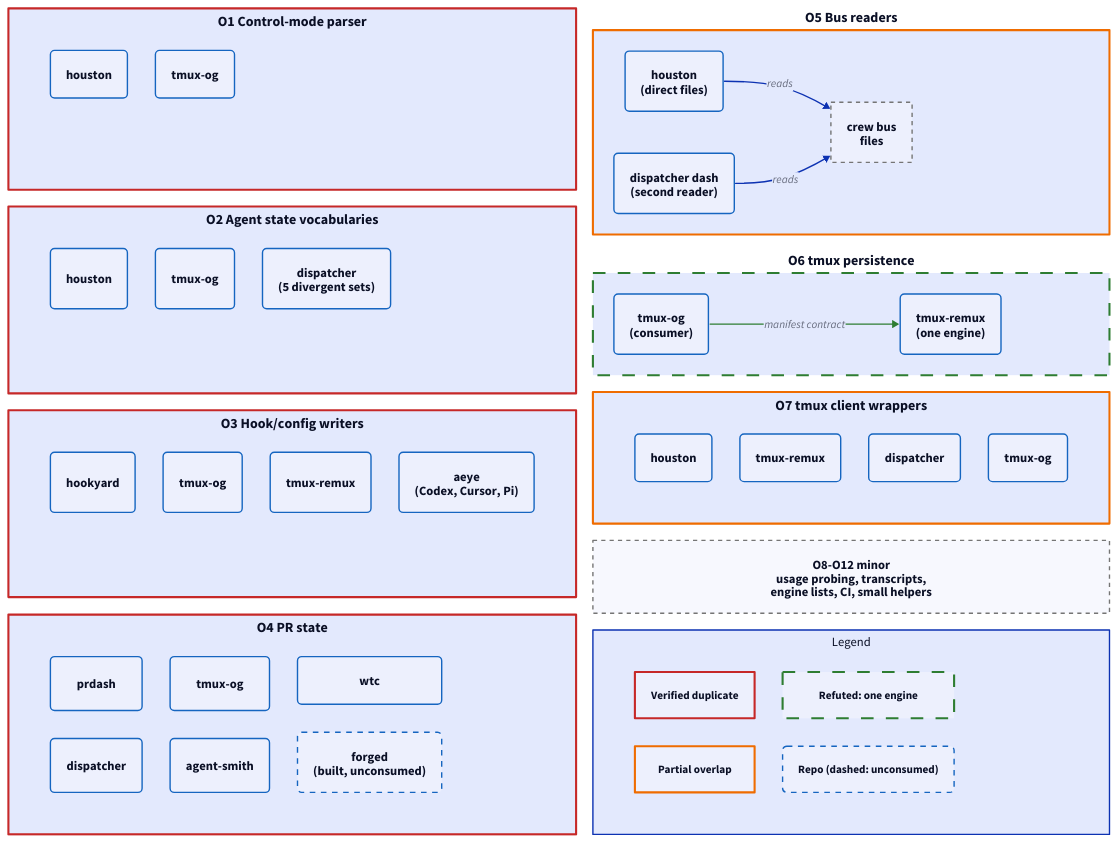
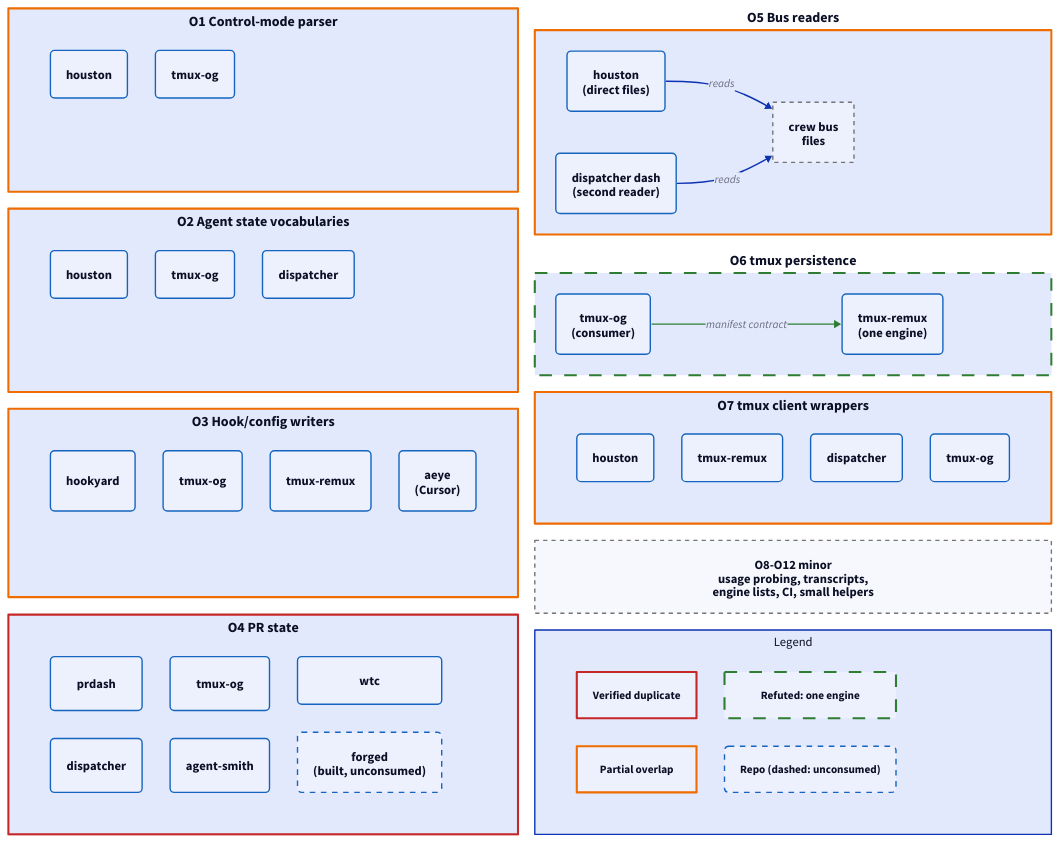
One commit to noamsto/dispatcher changed the diagram in docs/ecosystem/current-state.d2. Above: the diagram before and after it, drawn with D2. The commit also changed 9 other files, not shown here.

Commit message:
docs(ecosystem): fix review findings in ownership map and diagrams

```diff
--- a/docs/ecosystem/current-state.d2
+++ b/docs/ecosystem/current-state.d2
@@ -1,136 +1,136 @@
 direction: down
 grid-columns: 2
 grid-gap: 24
 
 classes: {
   repo: {
     style: {
       stroke: "#1565C0"
       stroke-width: 2
       border-radius: 6
       font-size: 18
     }
   }
   unused: {
     style: {
       stroke: "#1565C0"
       stroke-width: 2
       stroke-dash: 4
       border-radius: 6
       font-size: 18
     }
   }
   verified: {
     style: {
       stroke: "#C62828"
       stroke-width: 3
       font-size: 20
       bold: true
     }
   }
   partial: {
     style: {
       stroke: "#EF6C00"
       stroke-width: 3
       font-size: 20
       bold: true
     }
   }
   refuted: {
     style: {
       stroke: "#2E7D32"
       stroke-width: 3
       stroke-dash: 6
       font-size: 20
       bold: true
     }
   }
   note: {
     style: {
       stroke: "#757575"
       stroke-width: 2
       stroke-dash: 3
       font-size: 18
     }
   }
   contract: {
     style: {
       stroke: "#2E7D32"
       stroke-width: 2
       font-size: 16
     }
   }
 }
 
 o1: "O1  Control-mode parser" {
-  class: verified
+  class: partial
   grid-columns: 2
   houston: houston {class: repo}
   tmuxog: tmux-og {class: repo}
 }
 
 o2: "O2  Agent state vocabularies" {
-  class: verified
+  class: partial
   grid-columns: 3
   houston: houston {class: repo}
   tmuxog: tmux-og {class: repo}
-  dispatcher: "dispatcher\n(5 divergent sets)" {class: repo}
+  dispatcher: dispatcher {class: repo}
 }
 
 o3: "O3  Hook/config writers" {
-  class: verified
+  class: partial
   grid-columns: 4
   hookyard: hookyard {class: repo}
   tmuxog: tmux-og {class: repo}
   remux: tmux-remux {class: repo}
-  aeye: "aeye\n(Codex, Cursor, Pi)" {class: repo}
+  aeye: "aeye\n(Cursor)" {class: repo}
 }
 
 o4: "O4  PR state" {
   class: verified
   grid-columns: 3
   prdash: prdash {class: repo}
   dispatcher: dispatcher {class: repo}
   tmuxog: tmux-og {class: repo}
   agentsmith: agent-smith {class: repo}
   wtc: wtc {class: repo}
   forged: "forged\n(built, unconsumed)" {class: unused}
 }
 
 o5: "O5  Bus readers" {
   class: partial
   direction: right
   bus: "crew bus\nfiles" {class: note}
   houston: "houston\n(direct files)" {class: repo}
   dash: "dispatcher dash\n(second reader)" {class: repo}
   houston -> bus: reads {style.stroke-width: 2}
   dash -> bus: reads {style.stroke-width: 2}
 }
 
 o6: "O6  tmux persistence" {
   class: refuted
   direction: right
   remux: "tmux-remux\n(one engine)" {class: repo}
   tmuxog: "tmux-og\n(consumer)" {class: repo}
   tmuxog -> remux: "manifest contract" {class: contract}
 }
 
 o7: "O7  tmux client wrappers" {
   class: partial
   grid-columns: 4
   houston: houston {class: repo}
   remux: tmux-remux {class: repo}
   dispatcher: dispatcher {class: repo}
   tmuxog: tmux-og {class: repo}
 }
 
 minor: "O8-O12 minor\nusage probing, transcripts,\nengine lists, CI, small helpers" {class: note}
 
 legend: "Legend" {
   grid-columns: 2
   style.font-size: 18
   v: "Verified duplicate" {class: verified; style.font-size: 16}
   p: "Partial overlap" {class: partial; style.font-size: 16}
   r: "Refuted: one engine" {class: refuted; style.font-size: 16}
   u: "Repo (dashed: unconsumed)" {class: unused; style.font-size: 16}
 }
```
